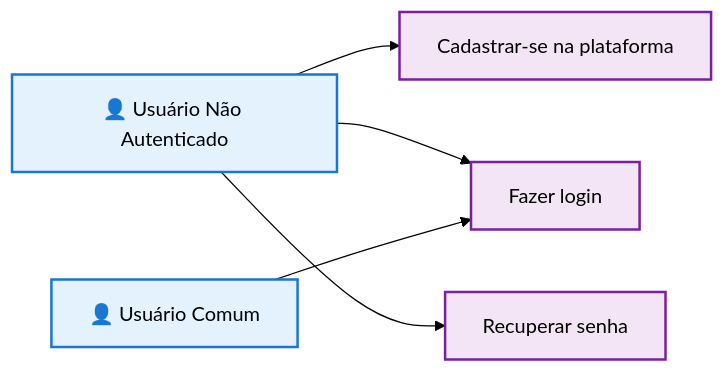
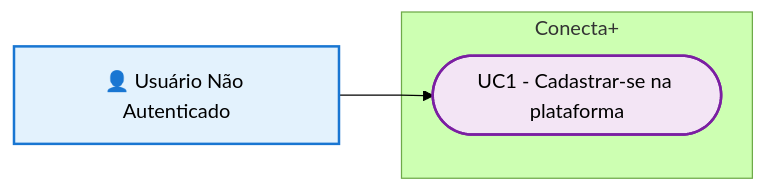
One commit to MrLucasMoreira/PDSI-Conecta- changed the second of 4 diagrams in docs/cadastro-usuario/1 - casos-uso-cadastro-usuario.md. Above: the diagram before and after it, drawn with Mermaid (forest theme). The commit also changed other lines of this file and 7 other files, not shown here.

````diff
--- a/docs/cadastro-usuario/1 - casos-uso-cadastro-usuario.md
+++ b/docs/cadastro-usuario/1 - casos-uso-cadastro-usuario.md
@@ -34,21 +39,16 @@
 ```mermaid
 flowchart LR
     Anon["👤 Usuário Não Autenticado"]
-    Usuario["👤 Usuário Comum"]
 
-    UC1["Cadastrar-se na plataforma"]
-    UC2["Fazer login"]
-    UC3["Recuperar senha"]
+    subgraph Sistema["Conecta+"]
+        UC1(["UC1 - Cadastrar-se na plataforma"])
+    end
 
     Anon --> UC1
-    Anon --> UC2
-    Anon --> UC3
-
-    Usuario --> UC2
 
     classDef actor fill:#e3f2fd,stroke:#1976d2,stroke-width:2px;
     classDef uc fill:#f3e5f5,stroke:#7b1fa2,stroke-width:2px;
 
-    class Anon,Usuario actor;
-    class UC1,UC2,UC3 uc;
+    class Anon actor;
+    class UC1 uc;
 ```
````
